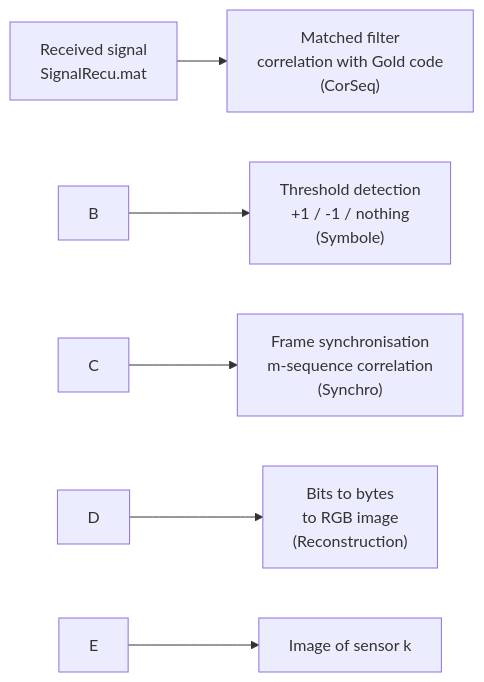
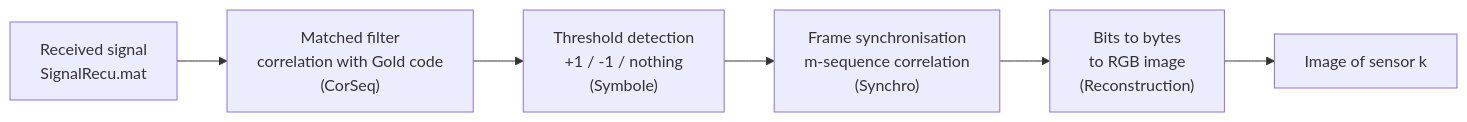
One commit to talyoucef/cdma-gold-sensor-demodulation changed the diagram in README.md. Above: the diagram before and after it, drawn with Mermaid. The commit also changed other lines of this file, not shown here.

````diff
--- a/README.md
+++ b/README.md
@@ -49,8 +47,8 @@
 ```mermaid
 flowchart LR
-    A\\\["Received signal<br/>SignalRecu.mat"] --> B\\\["Matched filter<br/>correlation with Gold code<br/>(CorSeq)"]
-    B --> C\\\["Threshold detection<br/>+1 / -1 / nothing<br/>(Symbole)"]
-    C --> D\\\["Frame synchronisation<br/>m-sequence correlation<br/>(Synchro)"]
-    D --> E\\\["Bits to bytes<br/>to RGB image<br/>(Reconstruction)"]
-    E --> F\\\["Image of sensor k"]
+    A["Received signal<br/>SignalRecu.mat"] --> B["Matched filter<br/>correlation with Gold code<br/>(CorSeq)"]
+    B --> C["Threshold detection<br/>+1 / -1 / nothing<br/>(Symbole)"]
+    C --> D["Frame synchronisation<br/>m-sequence correlation<br/>(Synchro)"]
+    D --> E["Bits to bytes<br/>to RGB image<br/>(Reconstruction)"]
+    E --> F["Image of sensor k"]
 ```
````
